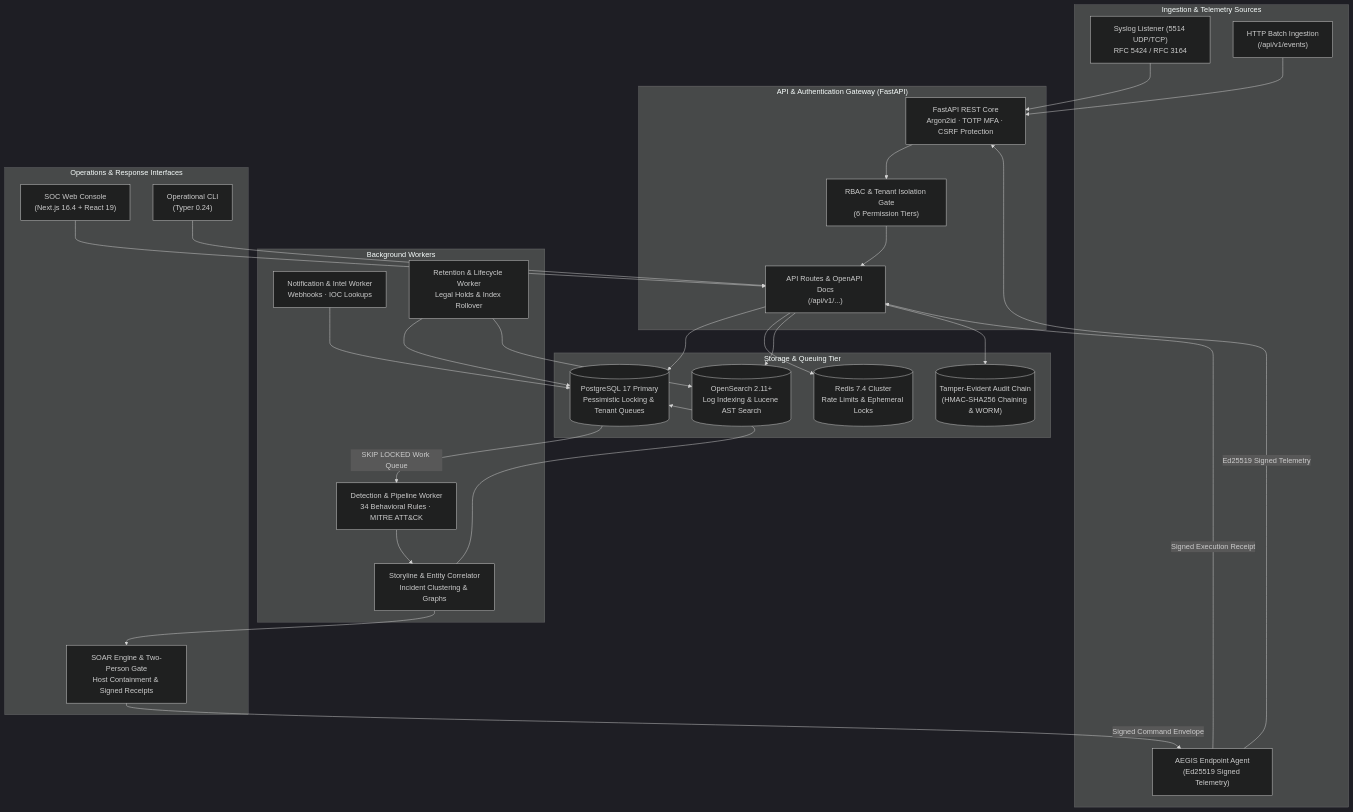
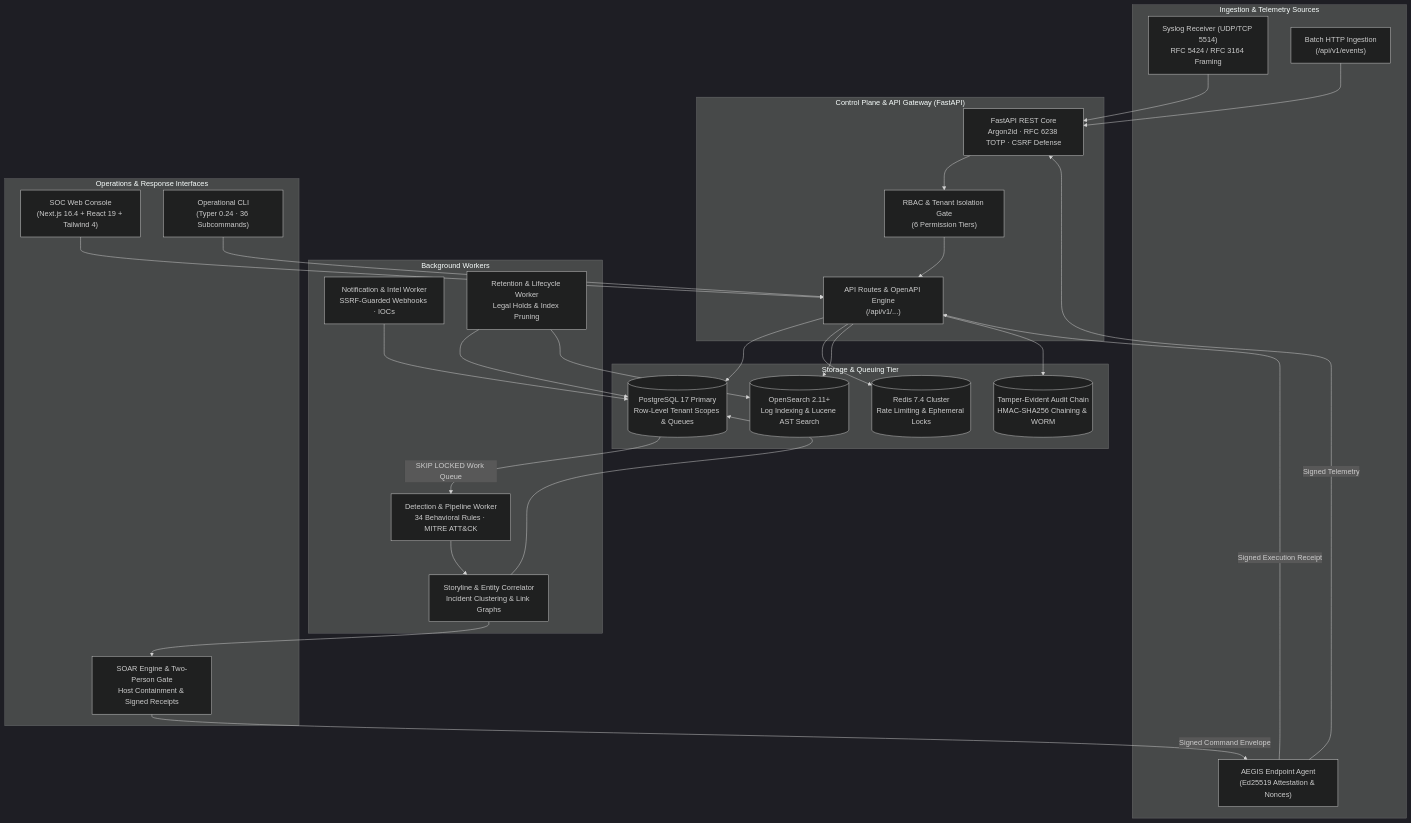
The diagram in README.md (aaryx/AEGIS), drawn with Mermaid (dark theme) before and after one commit. The commit also changed other lines of this file, not shown here.

Commit message:
docs(readme): update AEGIS architecture and feature documentation

````diff
--- a/README.md
+++ b/README.md
@@ -95,57 +121,57 @@
 ```mermaid
 flowchart TB
     subgraph IngestionPlane["Ingestion & Telemetry Sources"]
-        syslog["Syslog Listener (5514 UDP/TCP)<br/>RFC 5424 / RFC 3164"]
-        agent["AEGIS Endpoint Agent<br/>(Ed25519 Signed Telemetry)"]
-        api_in["HTTP Batch Ingestion<br/>(/api/v1/events)"]
+        syslog["Syslog Receiver (UDP/TCP 5514)<br/>RFC 5424 / RFC 3164 Framing"]
+        agent["AEGIS Endpoint Agent<br/>(Ed25519 Attestation & Nonces)"]
+        http_in["Batch HTTP Ingestion<br/>(/api/v1/events)"]
     end
 
-    subgraph ControlPlane["API & Authentication Gateway (FastAPI)"]
-        gateway["FastAPI REST Core<br/>Argon2id · TOTP MFA · CSRF Protection"]
+    subgraph ControlPlane["Control Plane & API Gateway (FastAPI)"]
+        gateway["FastAPI REST Core<br/>Argon2id · RFC 6238 TOTP · CSRF Defense"]
         rbac["RBAC & Tenant Isolation Gate<br/>(6 Permission Tiers)"]
-        router["API Routes & OpenAPI Docs<br/>(/api/v1/...)"]
+        router["API Routes & OpenAPI Engine<br/>(/api/v1/...)"]
     end
 
     subgraph DataPlane["Storage & Queuing Tier"]
-        pg[("PostgreSQL 17 Primary<br/>Pessimistic Locking & Tenant Queues")]
-        redis[("Redis 7.4 Cluster<br/>Rate Limits & Ephemeral Locks")]
+        pg[("PostgreSQL 17 Primary<br/>Row-Level Tenant Scopes & Queues")]
+        redis[("Redis 7.4 Cluster<br/>Rate Limiting & Ephemeral Locks")]
         opensearch[("OpenSearch 2.11+<br/>Log Indexing & Lucene AST Search")]
-        audit_chain[("Tamper-Evident Audit Chain<br/>(HMAC-SHA256 Chaining & WORM)")]
+        audit_chain[("Tamper-Evident Audit Chain<br/>HMAC-SHA256 Chaining & WORM")]
     end
 
     subgraph WorkerPlane["Background Workers"]
         worker["Detection & Pipeline Worker<br/>34 Behavioral Rules · MITRE ATT&CK"]
-        correlator["Storyline & Entity Correlator<br/>Incident Clustering & Graphs"]
-        notif["Notification & Intel Worker<br/>Webhooks · IOC Lookups"]
-        retention["Retention & Lifecycle Worker<br/>Legal Holds & Index Rollover"]
+        correlator["Storyline & Entity Correlator<br/>Incident Clustering & Link Graphs"]
+        notif["Notification & Intel Worker<br/>SSRF-Guarded Webhooks · IOCs"]
+        retention["Retention & Lifecycle Worker<br/>Legal Holds & Index Pruning"]
     end
 
     subgraph OperationsPlane["Operations & Response Interfaces"]
-        web["SOC Web Console<br/>(Next.js 16.4 + React 19)"]
-        cli["Operational CLI<br/>(Typer 0.24)"]
+        web["SOC Web Console<br/>(Next.js 16.4 + React 19 + Tailwind 4)"]
+        cli["Operational CLI<br/>(Typer 0.24 · 36 Subcommands)"]
         soar["SOAR Engine & Two-Person Gate<br/>Host Containment & Signed Receipts"]
     end
 
     syslog --> gateway
-    agent -->|Ed25519 Signed Telemetry| gateway
-    api_in --> gateway
+    agent -->|"Signed Telemetry"| gateway
+    http_in --> gateway
     gateway --> rbac --> router
     router --> pg
     router --> redis
     router --> opensearch
     router --> audit_chain
 
-    pg -->|SKIP LOCKED Work Queue| worker
+    pg -->|"SKIP LOCKED Work Queue"| worker
     worker --> correlator
     correlator --> pg
     correlator --> soar
-    soar -->|Signed Command Envelope| agent
-    agent -->|Signed Execution Receipt| router
+    soar -->|"Signed Command Envelope"| agent
+    agent -->|"Signed Execution Receipt"| router
 
     notif --> pg
     retention --> pg
     retention --> opensearch
 
     web --> router
     cli --> router
 ```
````
